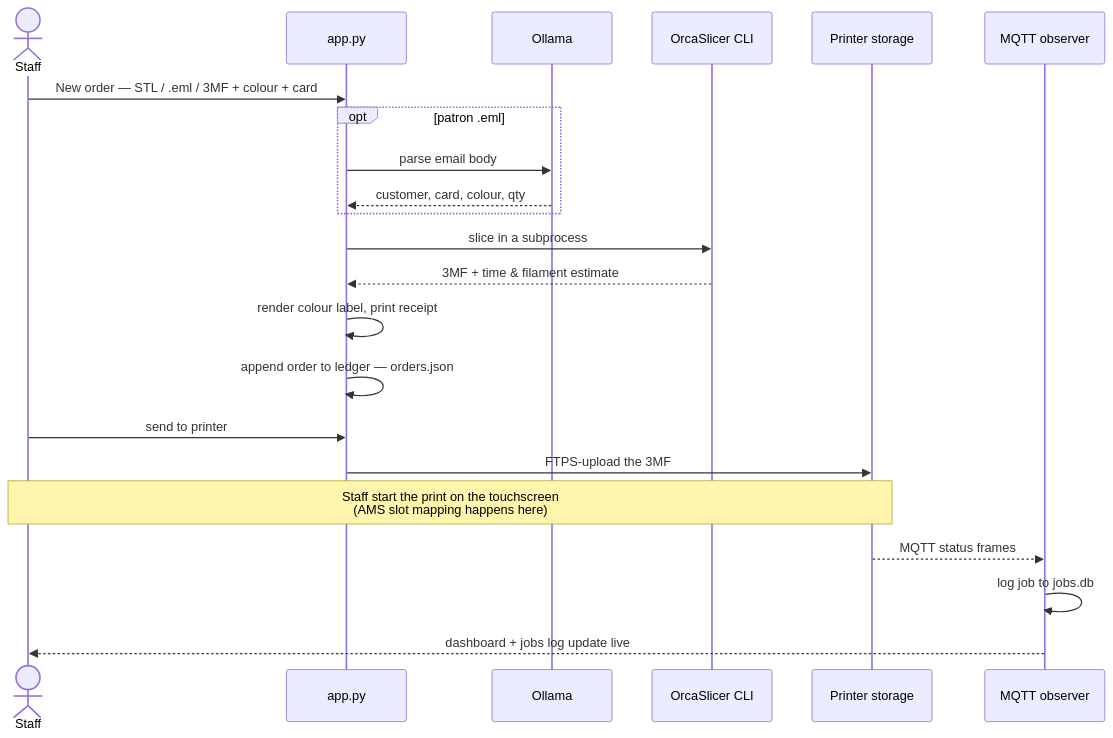
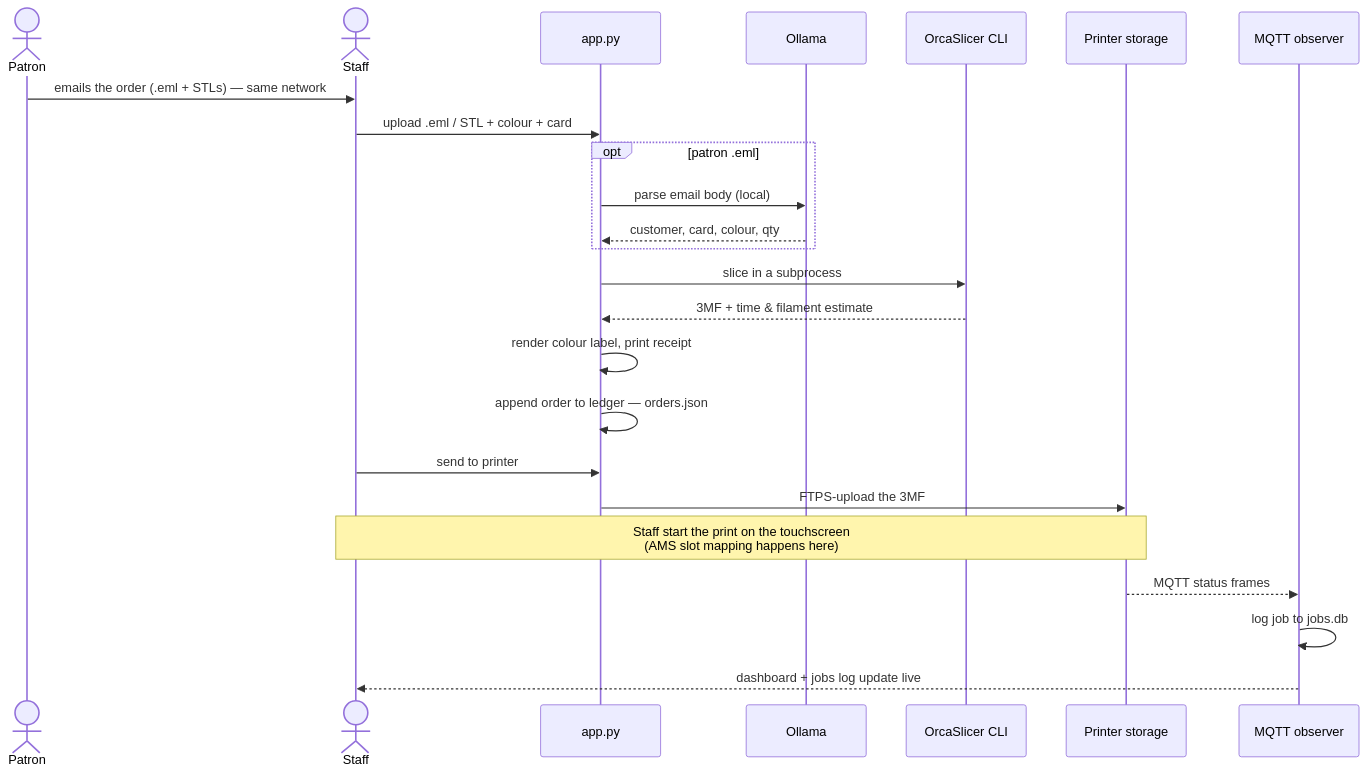
One commit to alex-nedelkoff/bambucli changed the second of 2 diagrams in README.md. Above: the diagram before and after it, drawn with Mermaid. The commit also changed other lines of this file, not shown here.

First line of the commit message:
docs(readme): cleaner architecture diagram + highlight email intake

````diff
--- a/README.md
+++ b/README.md
@@ -72,25 +75,27 @@
 ```mermaid
 sequenceDiagram
+    actor Patron
     actor Staff
     participant Web as app.py
     participant LLM as Ollama
     participant Slicer as OrcaSlicer CLI
     participant SD as Printer storage
     participant Obs as MQTT observer
 
-    Staff->>Web: New order — STL / .eml / 3MF + colour + card
+    Patron->>Staff: emails the order (.eml + STLs) — same network
+    Staff->>Web: upload .eml / STL + colour + card
     opt patron .eml
-        Web->>LLM: parse email body
+        Web->>LLM: parse email body (local)
         LLM-->>Web: customer, card, colour, qty
     end
     Web->>Slicer: slice in a subprocess
     Slicer-->>Web: 3MF + time & filament estimate
     Web->>Web: render colour label, print receipt
     Web->>Web: append order to ledger — orders.json
     Staff->>Web: send to printer
     Web->>SD: FTPS-upload the 3MF
     Note over Staff,SD: Staff start the print on the touchscreen<br/>(AMS slot mapping happens here)
     SD-->>Obs: MQTT status frames
     Obs->>Obs: log job to jobs.db
     Obs-->>Staff: dashboard + jobs log update live
 ```
````
